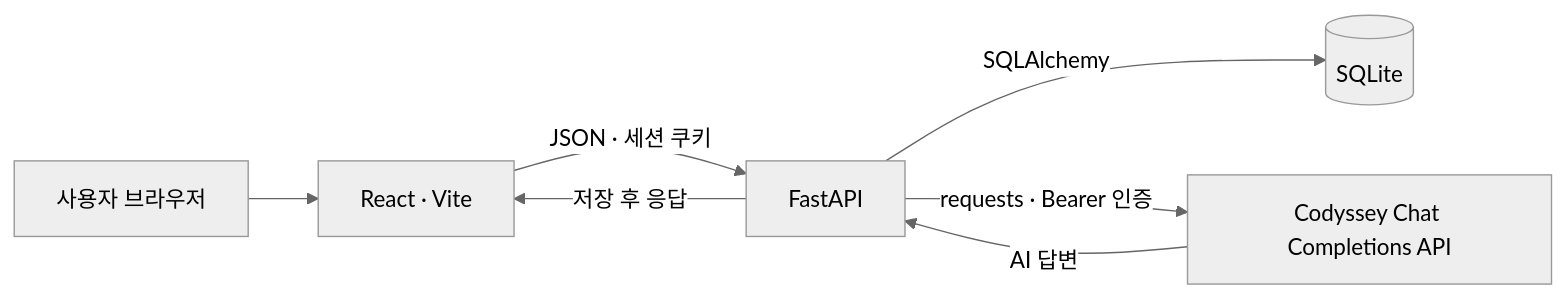
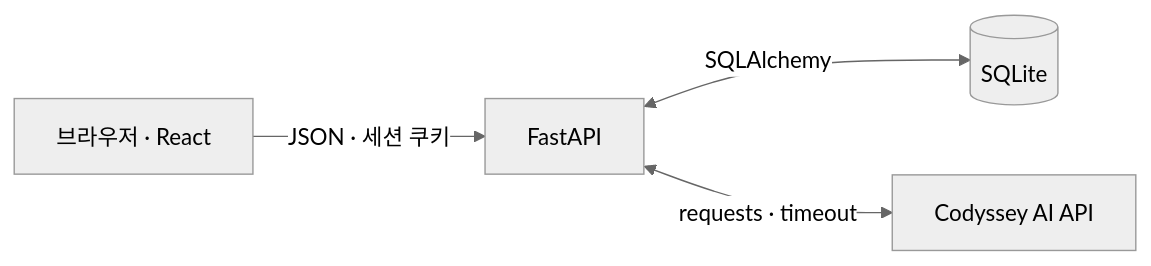
Before and after one commit to peachily/codyssey1-termproject: the first of 2 diagrams in docs/ARCHITECTURE.md, drawn with Mermaid (neutral theme). The commit also changed other lines of this file and 7 other files, not shown here.

````diff
--- a/docs/ARCHITECTURE.md
+++ b/docs/ARCHITECTURE.md
@@ -7,9 +7,6 @@
 ```mermaid
 flowchart LR
-    U[사용자 브라우저] --> F[React · Vite]
-    F -->|JSON · 세션 쿠키| B[FastAPI]
-    B -->|SQLAlchemy| D[(SQLite)]
-    B -->|requests · Bearer 인증| A[Codyssey Chat Completions API]
-    A -->|AI 답변| B
-    B -->|저장 후 응답| F
+    U[브라우저 · React] -->|JSON · 세션 쿠키| B[FastAPI]
+    B <-->|SQLAlchemy| D[(SQLite)]
+    B <-->|requests · timeout| A[Codyssey AI API]
 ```
````
